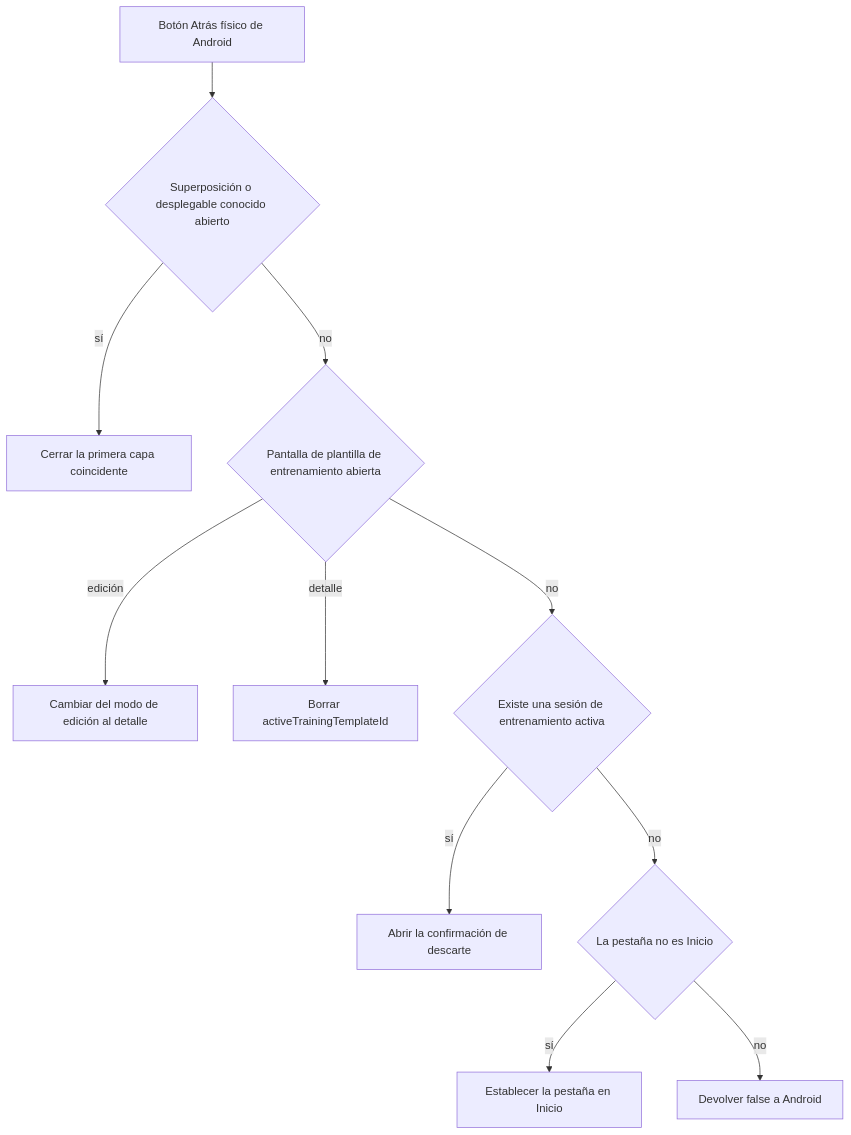
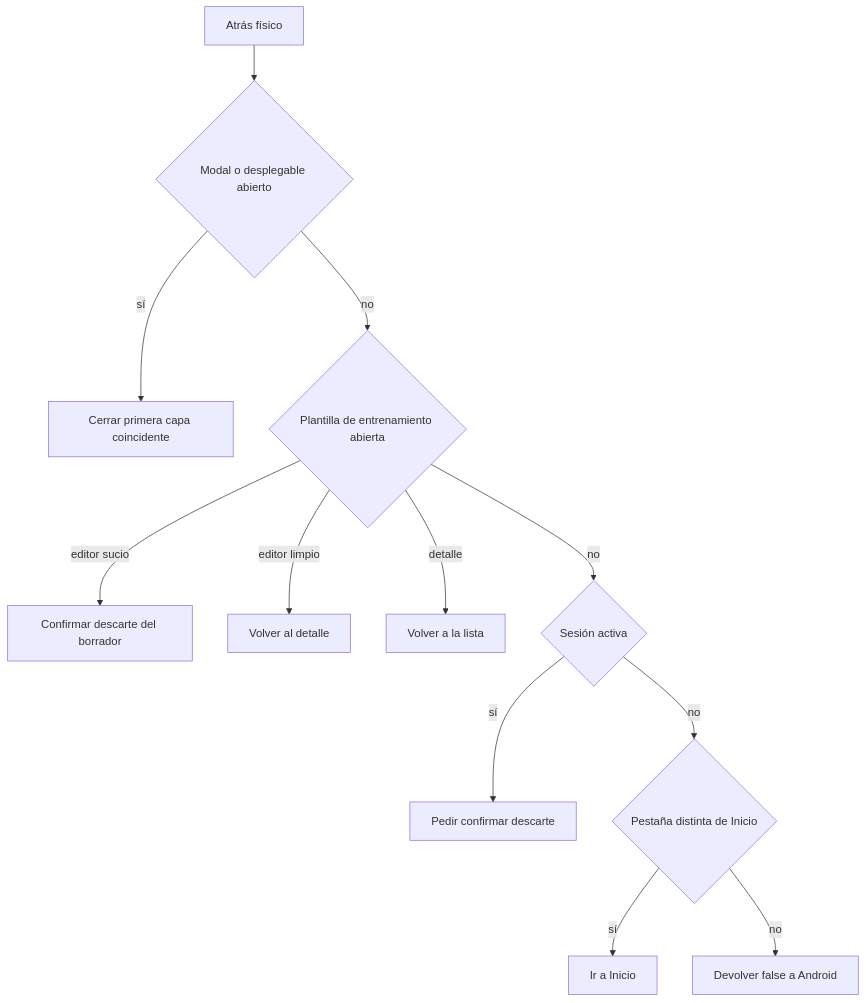
One commit to maximofn/gymnasia changed the second of 2 diagrams in openwiki/mobile/application-shell.md. Above: the diagram before and after it, drawn with Mermaid. The commit also changed other lines of this file and 49 other files, not shown here.

````diff
--- a/openwiki/mobile/application-shell.md
+++ b/openwiki/mobile/application-shell.md
@@ -153,13 +107,14 @@
 ```mermaid
 flowchart TD
-    Back["Botón Atrás físico de Android"] --> Overlay{"Superposición o desplegable conocido abierto"}
-    Overlay -->|"sí"| Close["Cerrar la primera capa coincidente"]
-    Overlay -->|"no"| Template{"Pantalla de plantilla de entrenamiento abierta"}
-    Template -->|"edición"| Detail["Cambiar del modo de edición al detalle"]
-    Template -->|"detalle"| List["Borrar activeTrainingTemplateId"]
-    Template -->|"no"| Session{"Existe una sesión de entrenamiento activa"}
-    Session -->|"sí"| Confirm["Abrir la confirmación de descarte"]
-    Session -->|"no"| NonHome{"La pestaña no es Inicio"}
-    NonHome -->|"sí"| GoHome["Establecer la pestaña en Inicio"]
-    NonHome -->|"no"| Android["Devolver false a Android"]
+    Back["Atrás físico"] --> Overlay{"Modal o desplegable abierto"}
+    Overlay -->|"sí"| Close["Cerrar primera capa coincidente"]
+    Overlay -->|"no"| Template{"Plantilla de entrenamiento abierta"}
+    Template -->|"editor sucio"| Draft["Confirmar descarte del borrador"]
+    Template -->|"editor limpio"| Detail["Volver al detalle"]
+    Template -->|"detalle"| List["Volver a la lista"]
+    Template -->|"no"| Session{"Sesión activa"}
+    Session -->|"sí"| Confirm["Pedir confirmar descarte"]
+    Session -->|"no"| Tab{"Pestaña distinta de Inicio"}
+    Tab -->|"sí"| Home["Ir a Inicio"]
+    Tab -->|"no"| Native["Devolver false a Android"]
 ```
````
